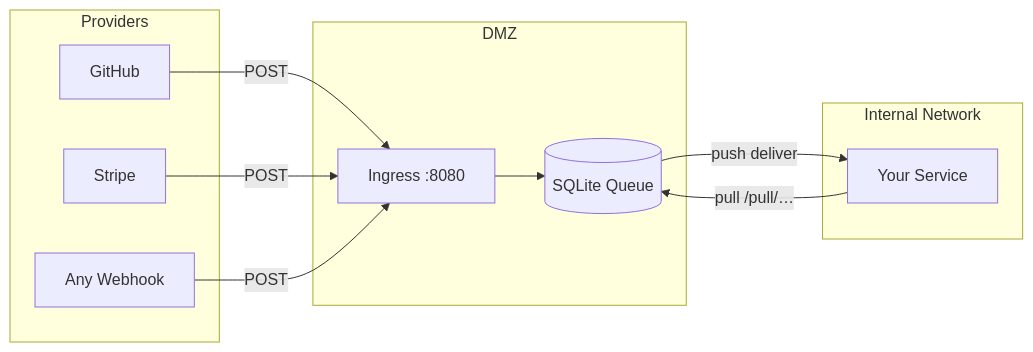
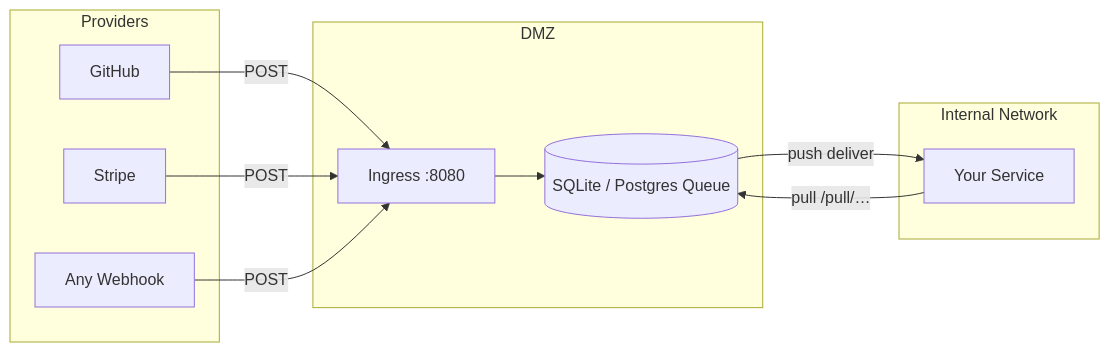
Before and after one commit to nuetzliches/hookaido: the diagram in README.md, drawn with Mermaid. The commit also changed other lines of this file, not shown here.

Commit message:
docs(readme): add Postgres and gRPC Worker features, update version references to v2.0.0

````diff
--- a/README.md
+++ b/README.md
@@ -136,19 +137,19 @@
 ```mermaid
 graph LR
     subgraph Providers
         GH[GitHub]
         ST[Stripe]
         WH[Any Webhook]
     end
     subgraph DMZ
         ING[Ingress :8080]
-        Q[(SQLite Queue)]
+        Q[(SQLite / Postgres Queue)]
         ING --> Q
     end
     subgraph Internal Network
         SVC[Your Service]
     end
     GH & ST & WH -->|POST| ING
     SVC -->|pull /pull/…| Q
     Q -->|push deliver| SVC
 ```
````
